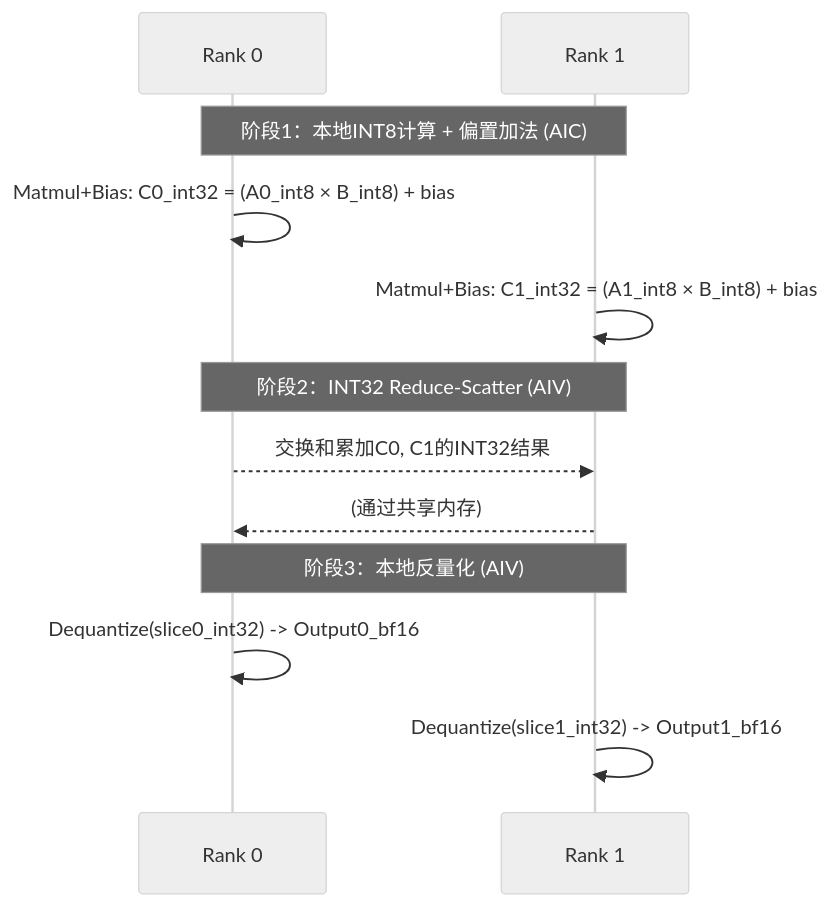
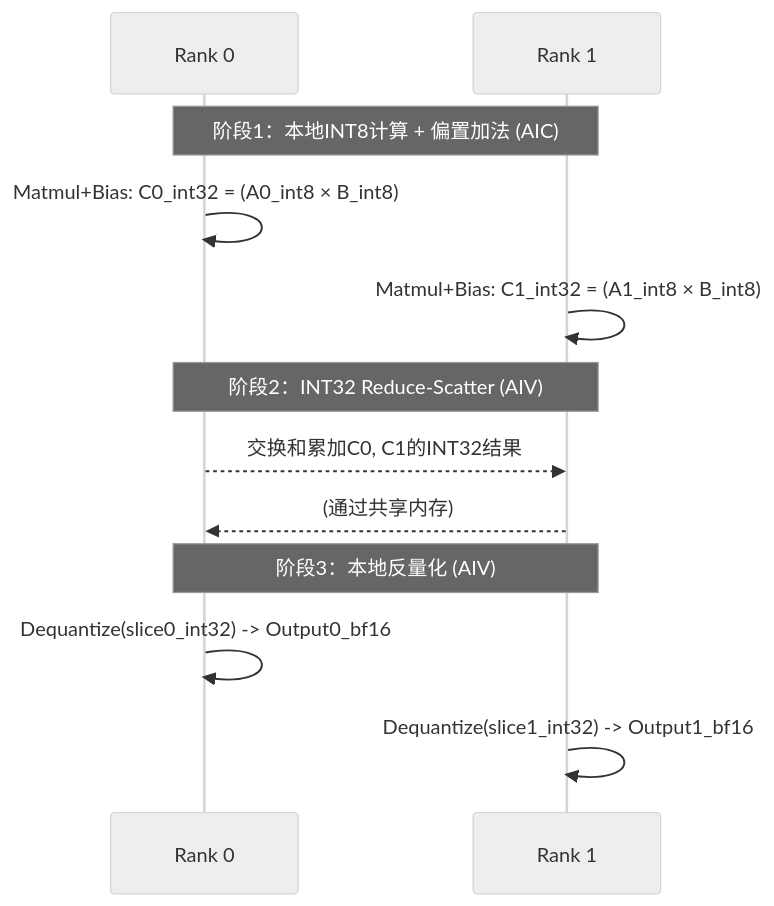
One commit to BillionsRichard/mm_rs_with_catlass changed the second of 2 diagrams in examples/quant_matmul_reduce_scatter/README.md. Above: the diagram before and after it, drawn with Mermaid (neutral theme). The commit also changed other lines of this file and 4 other files, not shown here.

Commit message:
bugfix: bias should be added only on on rank

````diff
--- a/examples/quant_matmul_reduce_scatter/README.md
+++ b/examples/quant_matmul_reduce_scatter/README.md
@@ -158,17 +162,17 @@
 ```mermaid
 sequenceDiagram
     participant Rank0 as Rank 0
     participant Rank1 as Rank 1
     
     Note over Rank0,Rank1: 阶段1：本地INT8计算 + 偏置加法 (AIC)
-    Rank0->>Rank0: Matmul+Bias: C0_int32 = (A0_int8 × B_int8) + bias
-    Rank1->>Rank1: Matmul+Bias: C1_int32 = (A1_int8 × B_int8) + bias
+    Rank0->>Rank0: Matmul+Bias: C0_int32 = (A0_int8 × B_int8)
+    Rank1->>Rank1: Matmul+Bias: C1_int32 = (A1_int8 × B_int8)
     
     Note over Rank0,Rank1: 阶段2：INT32 Reduce-Scatter (AIV)
     Rank0-->>Rank1: 交换和累加C0, C1的INT32结果
     Rank1-->>Rank0: (通过共享内存)
     
     Note over Rank0,Rank1: 阶段3：本地反量化 (AIV)
     Rank0->>Rank0: Dequantize(slice0_int32) -> Output0_bf16
     Rank1->>Rank1: Dequantize(slice1_int32) -> Output1_bf16
 ```
````
